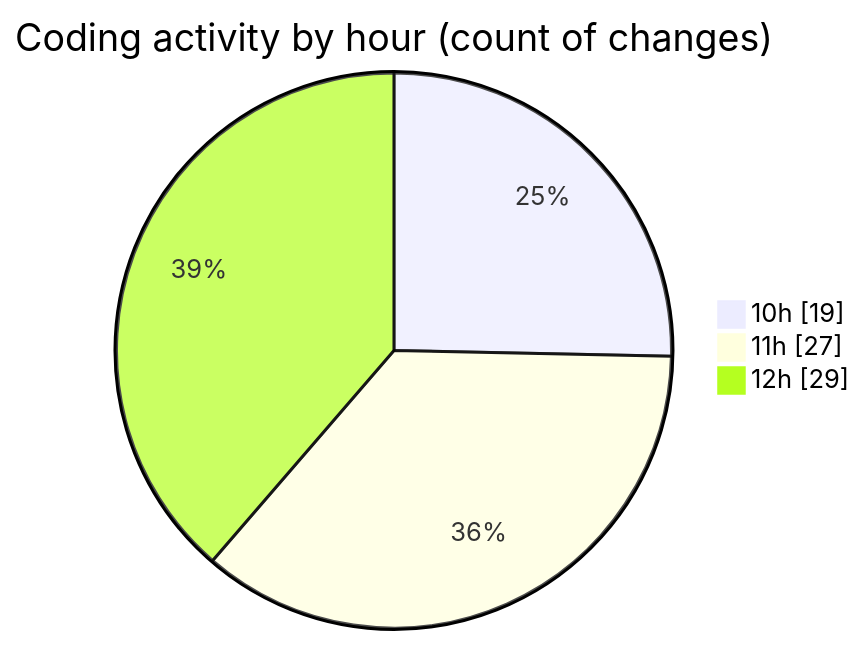
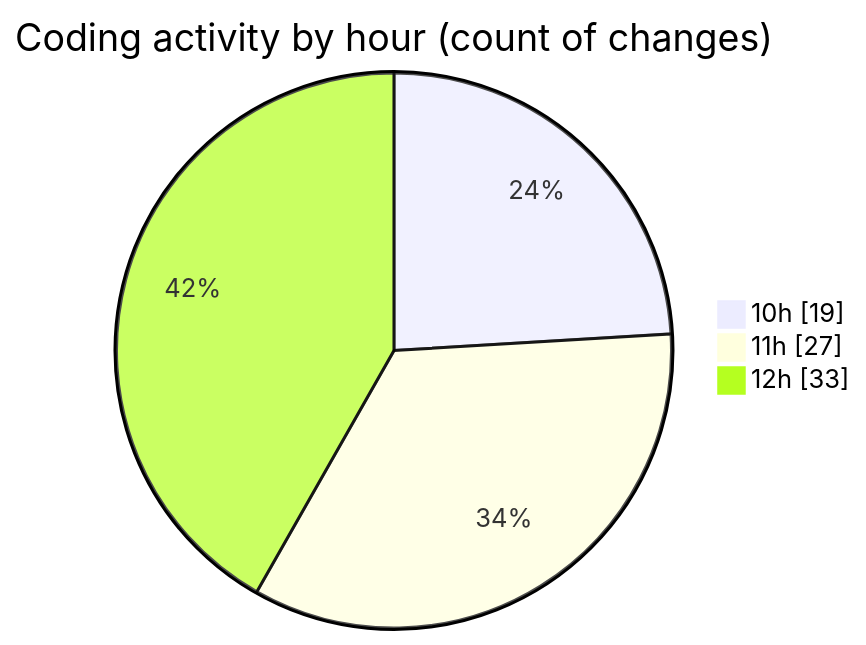
Before and after one commit to momahboobian/code-tracking: the second of 2 diagrams in 2025-03-18/cda/README.md, drawn with Mermaid. The commit also changed other lines of this file and 1 other file, not shown here.

````diff
--- a/2025-03-18/cda/README.md
+++ b/2025-03-18/cda/README.md
@@ -42,7 +42,7 @@
 ```mermaid
 pie showData
 title Coding activity by hour (count of changes)
 "10h" : 19
 "11h" : 27
-"12h" : 29
+"12h" : 33
 ```
````
